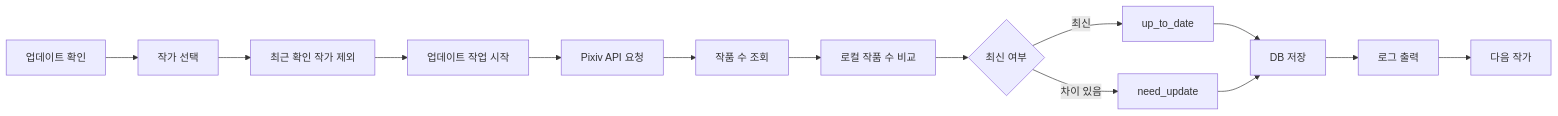
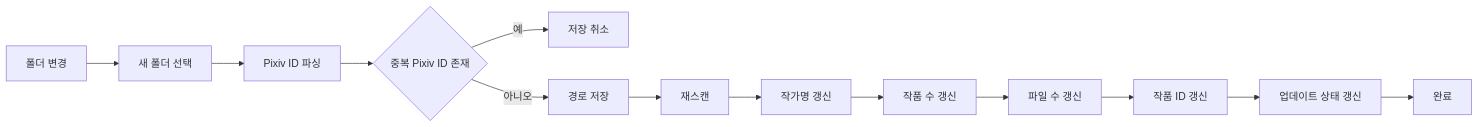
The fifth of 12 diagrams in docs/03_SYSTEM_FLOW.md (PKT0623/PixivLocalManager), drawn with Mermaid before and after one commit. The commit also changed other lines of this file and 10 other files, not shown here.

````diff
--- a/docs/03_SYSTEM_FLOW.md
+++ b/docs/03_SYSTEM_FLOW.md
@@ -127,30 +94,22 @@
 ```mermaid
 flowchart LR
 
-A[업데이트 확인]
+A[폴더 변경]
 
-A --> B[작가 선택]
+A --> B[새 폴더 선택]
+B --> C[Pixiv ID 파싱]
 
-B --> C[최근 확인 작가 제외]
+C --> D{중복 Pixiv ID 존재}
 
-C --> D[업데이트 작업 시작]
+D -->|예| E[저장 취소]
+D -->|아니오| F[경로 저장]
 
-D --> E[Pixiv API 요청]
+F --> G[재스캔]
+G --> H[작가명 갱신]
+H --> I[작품 수 갱신]
+I --> J[파일 수 갱신]
+J --> K[작품 ID 갱신]
+K --> L[업데이트 상태 갱신]
 
-E --> F[작품 수 조회]
-
-F --> G[로컬 작품 수 비교]
-
-G --> H{최신 여부}
-
-H -- 최신 --> I[up_to_date]
-
-H -- 차이 있음 --> J[need_update]
-
-I --> K[DB 저장]
-J --> K
-
-K --> L[로그 출력]
-
-L --> M[다음 작가]
+L --> M[완료]
 ```
````
